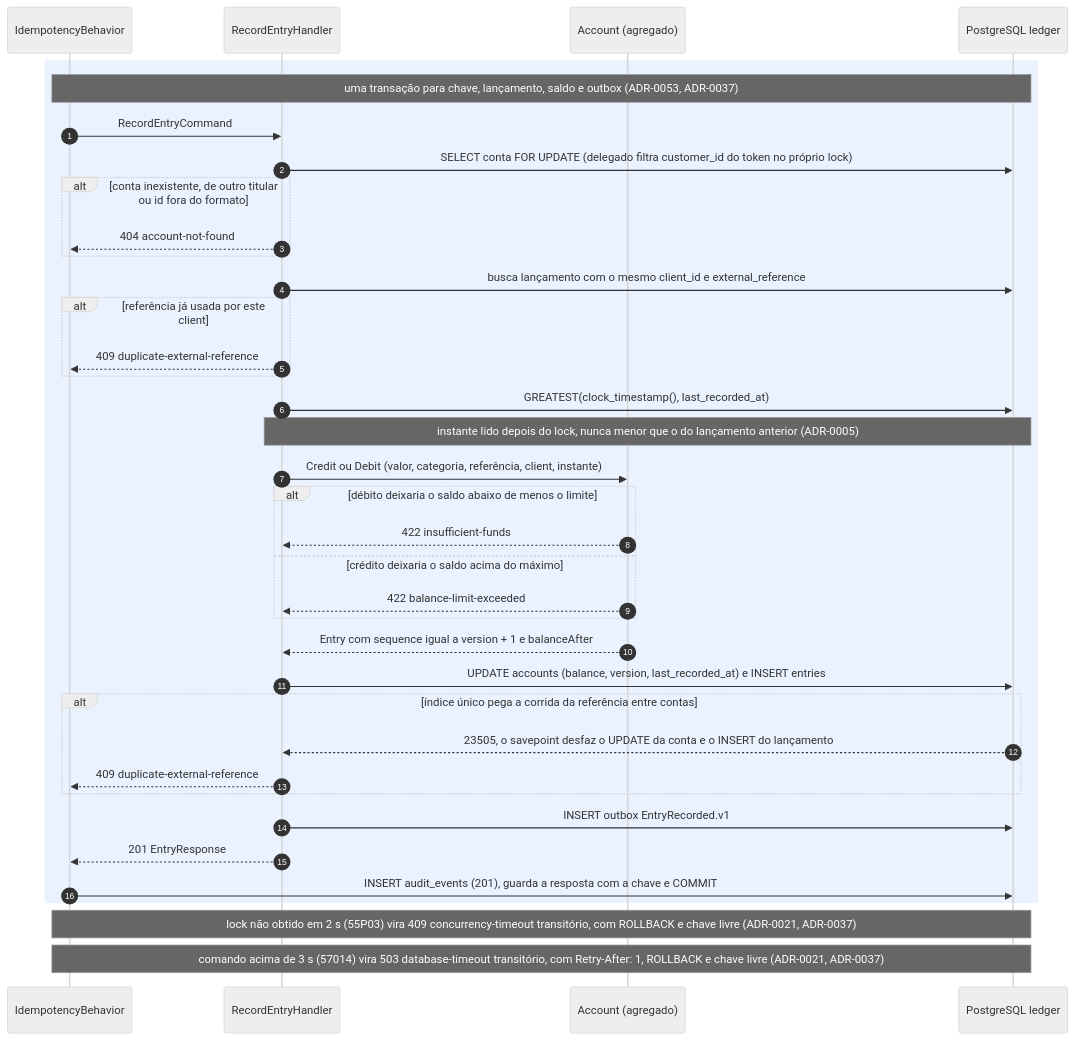
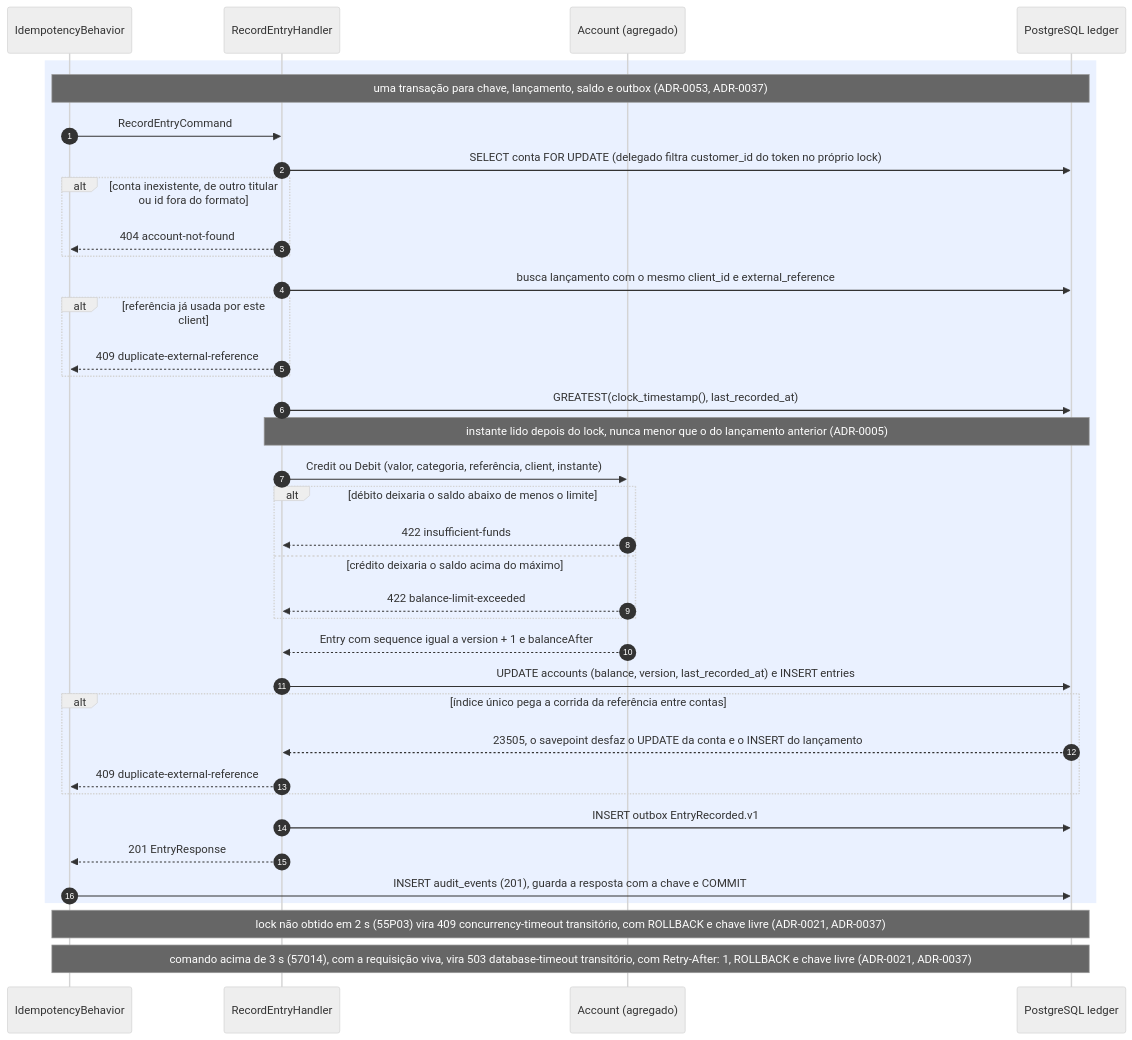
One commit to arthuurw/desafio-arquiteto-keyrus changed the first of 8 diagrams in docs/arquitetura/fluxos-ledger.md. Above: the diagram before and after it, drawn with Mermaid (neutral theme). The commit also changed other lines of this file and 2 other files, not shown here.

First line of the commit message:
docs: align the flows with the code at HEAD

````diff
--- a/docs/arquitetura/fluxos-ledger.md
+++ b/docs/arquitetura/fluxos-ledger.md
@@ -17,40 +17,40 @@
 ```mermaid
 sequenceDiagram
   autonumber
   participant B as IdempotencyBehavior
   participant H as RecordEntryHandler
   participant A as Account (agregado)
   participant DB as PostgreSQL ledger
 
   rect rgba(80, 140, 255, 0.12)
     Note over B,DB: uma transação para chave, lançamento, saldo e outbox (ADR-0053, ADR-0037)
     B->>H: RecordEntryCommand
     H->>DB: SELECT conta FOR UPDATE (delegado filtra customer_id do token no próprio lock)
     alt conta inexistente, de outro titular ou id fora do formato
       H-->>B: 404 account-not-found
     end
     H->>DB: busca lançamento com o mesmo client_id e external_reference
     alt referência já usada por este client
       H-->>B: 409 duplicate-external-reference
     end
     H->>DB: GREATEST(clock_timestamp(), last_recorded_at)
     Note over H,DB: instante lido depois do lock, nunca menor que o do lançamento anterior (ADR-0005)
     H->>A: Credit ou Debit (valor, categoria, referência, client, instante)
     alt débito deixaria o saldo abaixo de menos o limite
       A-->>H: 422 insufficient-funds
     else crédito deixaria o saldo acima do máximo
       A-->>H: 422 balance-limit-exceeded
     end
     A-->>H: Entry com sequence igual a version + 1 e balanceAfter
     H->>DB: UPDATE accounts (balance, version, last_recorded_at) e INSERT entries
     alt índice único pega a corrida da referência entre contas
       DB-->>H: 23505, o savepoint desfaz o UPDATE da conta e o INSERT do lançamento
       H-->>B: 409 duplicate-external-reference
     end
     H->>DB: INSERT outbox EntryRecorded.v1
     H-->>B: 201 EntryResponse
     B->>DB: INSERT audit_events (201), guarda a resposta com a chave e COMMIT
   end
   Note over B,DB: lock não obtido em 2 s (55P03) vira 409 concurrency-timeout transitório, com ROLLBACK e chave livre (ADR-0021, ADR-0037)
-  Note over B,DB: comando acima de 3 s (57014) vira 503 database-timeout transitório, com Retry-After: 1, ROLLBACK e chave livre (ADR-0021, ADR-0037)
+  Note over B,DB: comando acima de 3 s (57014), com a requisição viva, vira 503 database-timeout transitório, com Retry-After: 1, ROLLBACK e chave livre (ADR-0021, ADR-0037)
 ```
````
